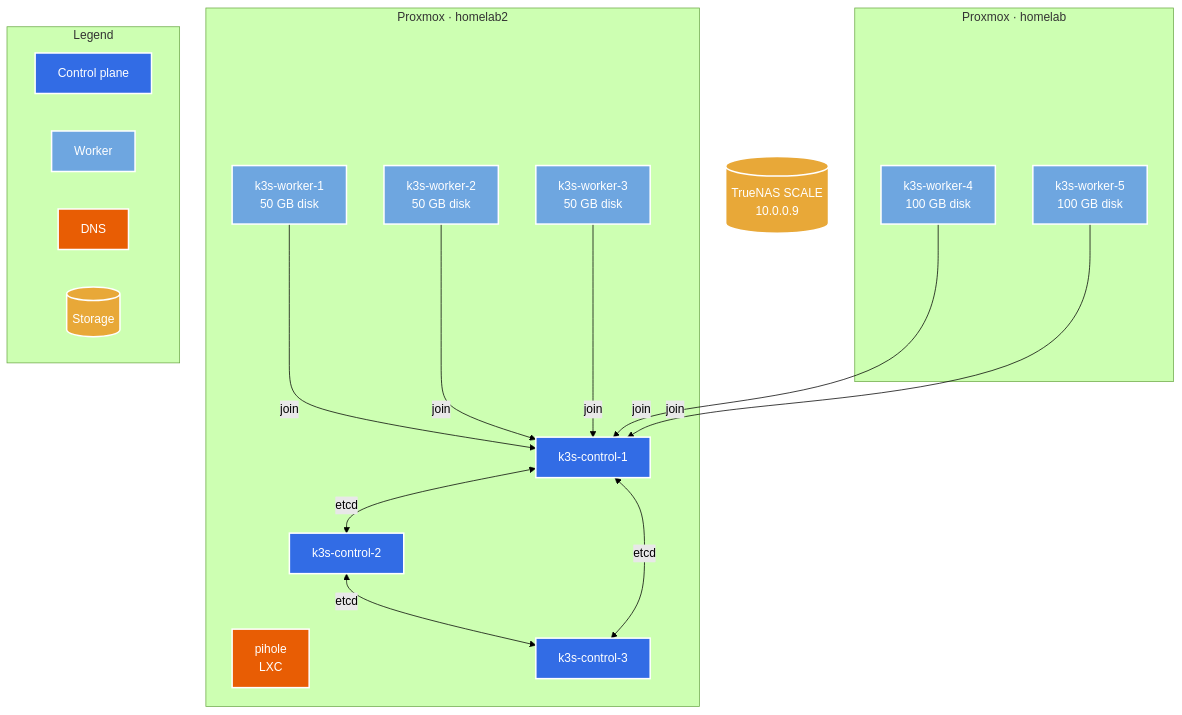
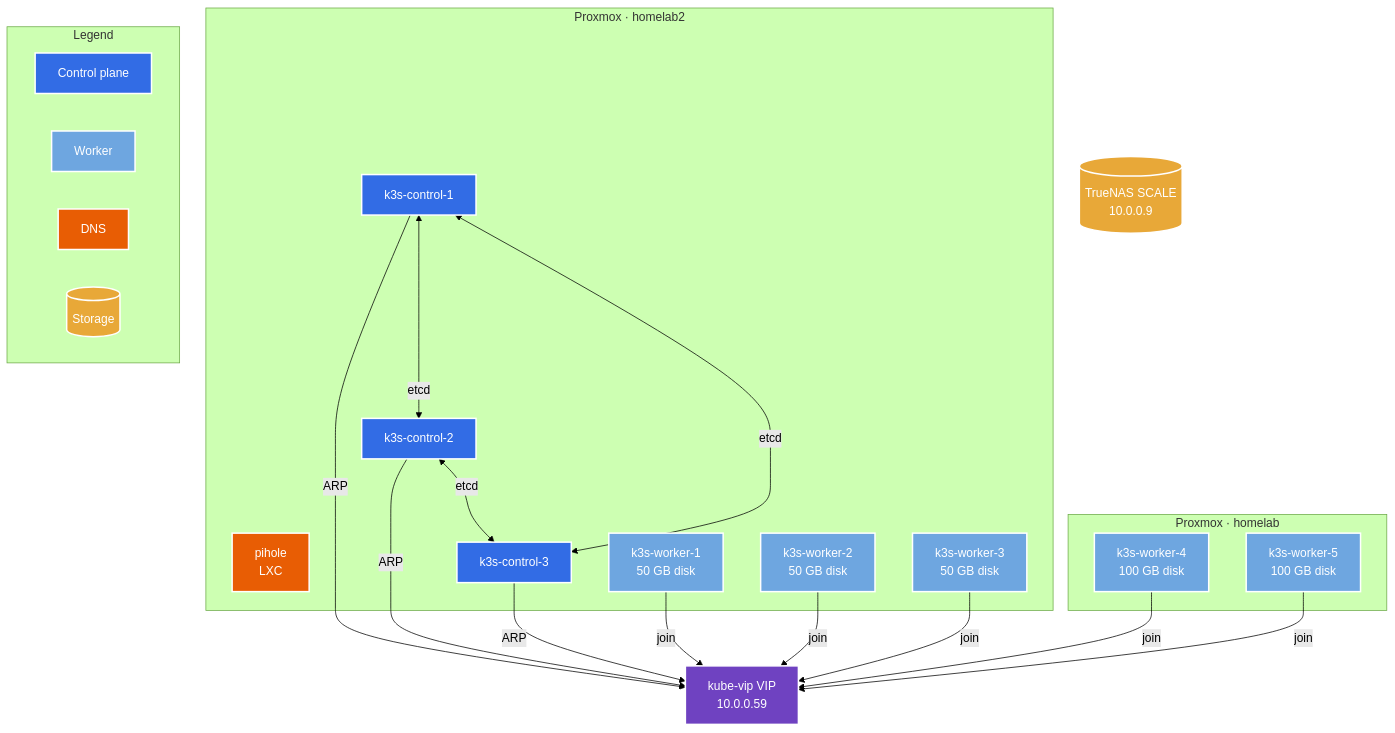
One commit to byeich/homelab changed the first of 5 diagrams in docs/architecture.md. Above: the diagram before and after it, drawn with Mermaid (forest theme). The commit also changed other lines of this file and 1 other file, not shown here.

Commit message:
update architecture diagram and bootstrap.sh for kube-vip VIP

````diff
--- a/docs/architecture.md
+++ b/docs/architecture.md
@@ -7,42 +7,47 @@
 ```mermaid
 flowchart TB
     subgraph prox2["Proxmox · homelab2"]
         pihole["pihole\nLXC"]
         ctrl1["k3s-control-1"]
         ctrl2["k3s-control-2"]
         ctrl3["k3s-control-3"]
         wrk1["k3s-worker-1\n50 GB disk"]
         wrk2["k3s-worker-2\n50 GB disk"]
         wrk3["k3s-worker-3\n50 GB disk"]
     end
 
     subgraph prox1["Proxmox · homelab"]
         wrk4["k3s-worker-4\n100 GB disk"]
         wrk5["k3s-worker-5\n100 GB disk"]
     end
 
     truenas[("TrueNAS SCALE\n10.0.0.9")]
 
     subgraph legend["Legend"]
         direction LR
         lc["Control plane"]:::control
         lw["Worker"]:::worker
         ld["DNS"]:::dns
         ls[("Storage")]:::nas
     end
 
+    vip["kube-vip VIP\n10.0.0.59"]:::vip
+
     ctrl1 <-->|"etcd"| ctrl2
     ctrl2 <-->|"etcd"| ctrl3
     ctrl1 <-->|"etcd"| ctrl3
-    wrk1 & wrk2 & wrk3 & wrk4 & wrk5 -->|"join"| ctrl1
+    ctrl1 & ctrl2 & ctrl3 -->|"ARP"| vip
+    wrk1 & wrk2 & wrk3 & wrk4 & wrk5 -->|"join"| vip
 
     classDef control fill:#326ce5,stroke:#fff,stroke-width:2px,color:#fff
     classDef worker  fill:#6ea6e0,stroke:#fff,stroke-width:2px,color:#fff
     classDef dns     fill:#e85d04,stroke:#fff,stroke-width:2px,color:#fff
     classDef nas     fill:#e8a838,stroke:#fff,stroke-width:2px,color:#fff
+    classDef vip     fill:#6f42c1,stroke:#fff,stroke-width:2px,color:#fff
 
     class ctrl1,ctrl2,ctrl3,lc control
     class wrk1,wrk2,wrk3,wrk4,wrk5,lw worker
     class pihole,ld dns
     class truenas,ls nas
+    class vip vip
 ```
````
